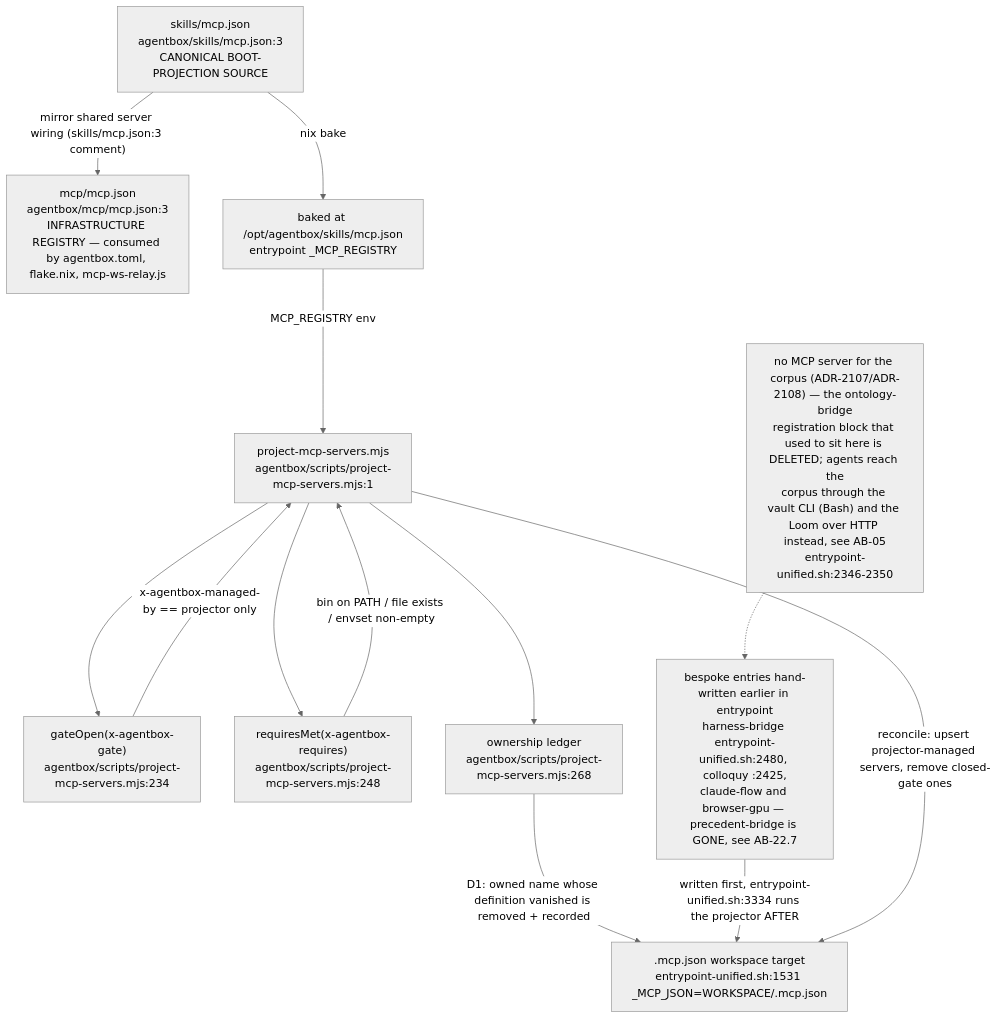
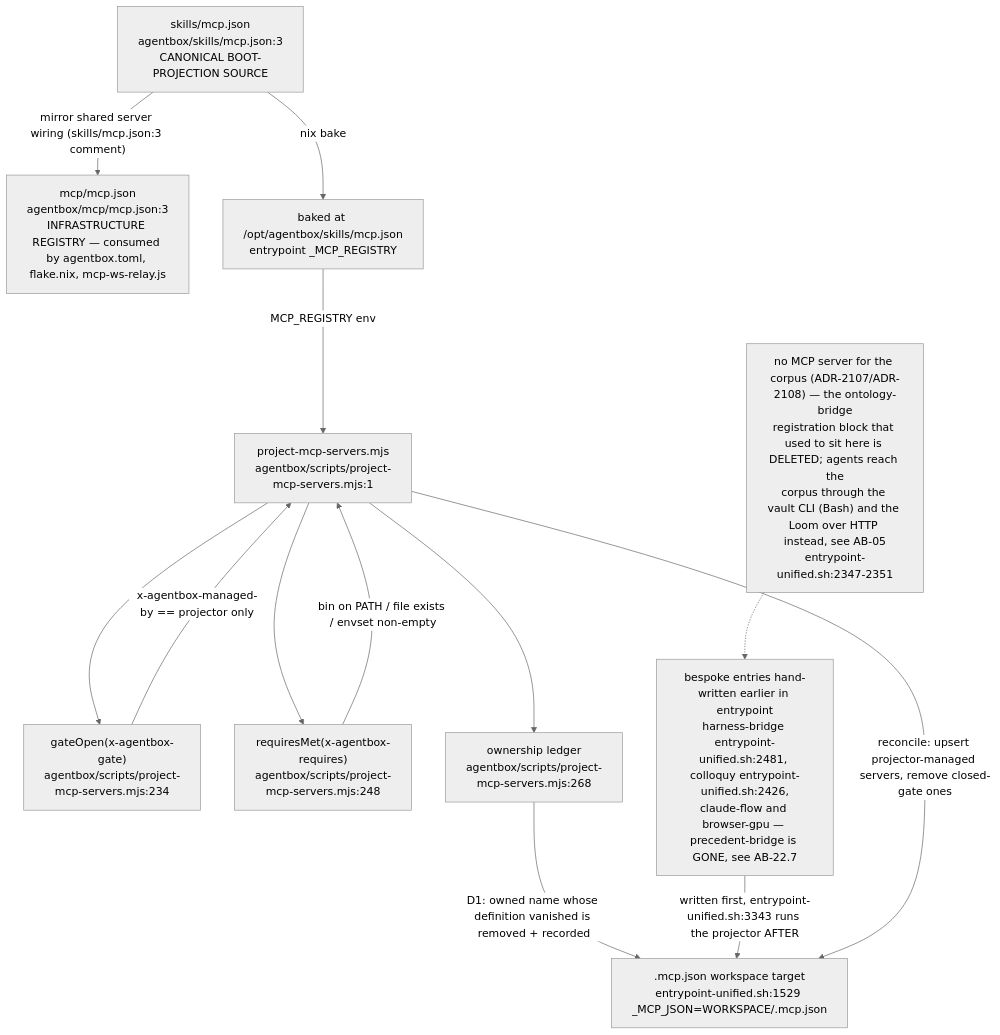
One commit to DreamLab-AI/VisionFlow changed the ninth of 12 diagrams in docs/diagrams/agentbox/22-skills-and-routing.md. Above: the diagram before and after it, drawn with Mermaid (neutral theme). The commit also changed other lines of this file and 6 other files, not shown here.

````diff
--- a/docs/diagrams/agentbox/22-skills-and-routing.md
+++ b/docs/diagrams/agentbox/22-skills-and-routing.md
@@ -402,26 +404,26 @@
 ```mermaid
 flowchart TB
     REG["skills/mcp.json<br/>agentbox/skills/mcp.json:3<br/>CANONICAL BOOT-PROJECTION SOURCE"]
     MIRROR["mcp/mcp.json<br/>agentbox/mcp/mcp.json:3<br/>INFRASTRUCTURE REGISTRY — consumed by agentbox.toml, flake.nix, mcp-ws-relay.js"]
     BAKE["baked at /opt/agentbox/skills/mcp.json<br/>entrypoint _MCP_REGISTRY"]
     PROJ["project-mcp-servers.mjs<br/>agentbox/scripts/project-mcp-servers.mjs:1"]
     GATE["gateOpen(x-agentbox-gate)<br/>agentbox/scripts/project-mcp-servers.mjs:234"]
     REQ["requiresMet(x-agentbox-requires)<br/>agentbox/scripts/project-mcp-servers.mjs:248"]
     LEDGER["ownership ledger<br/>agentbox/scripts/project-mcp-servers.mjs:268"]
-    WS[".mcp.json workspace target<br/>entrypoint-unified.sh:1531 _MCP_JSON=WORKSPACE/.mcp.json"]
-    NOONT["no MCP server for the corpus (ADR-2107/ADR-2108) — the ontology-bridge<br/>registration block that used to sit here is DELETED; agents reach the<br/>corpus through the vault CLI (Bash) and the Loom over HTTP instead, see AB-05<br/>entrypoint-unified.sh:2346-2350"]
-    BESPOKE["bespoke entries hand-written earlier in entrypoint<br/>harness-bridge entrypoint-unified.sh:2480, colloquy :2425,<br/>claude-flow and browser-gpu — precedent-bridge is GONE, see AB-22.7"]
+    WS[".mcp.json workspace target<br/>entrypoint-unified.sh:1529 _MCP_JSON=WORKSPACE/.mcp.json"]
+    NOONT["no MCP server for the corpus (ADR-2107/ADR-2108) — the ontology-bridge<br/>registration block that used to sit here is DELETED; agents reach the<br/>corpus through the vault CLI (Bash) and the Loom over HTTP instead, see AB-05<br/>entrypoint-unified.sh:2347-2351"]
+    BESPOKE["bespoke entries hand-written earlier in entrypoint<br/>harness-bridge entrypoint-unified.sh:2481, colloquy entrypoint-unified.sh:2426,<br/>claude-flow and browser-gpu — precedent-bridge is GONE, see AB-22.7"]
 
     REG -- "mirror shared server wiring (skills/mcp.json:3 comment)" --> MIRROR
     REG -- "nix bake" --> BAKE
     BAKE -- "MCP_REGISTRY env" --> PROJ
     PROJ --> GATE
     PROJ --> REQ
     GATE -- "x-agentbox-managed-by == projector only" --> PROJ
     REQ -- "bin on PATH / file exists / envset non-empty" --> PROJ
     PROJ --> LEDGER
     LEDGER -- "D1: owned name whose definition vanished is removed + recorded" --> WS
     NOONT -.-> BESPOKE
-    BESPOKE -- "written first, entrypoint-unified.sh:3334 runs the projector AFTER" --> WS
+    BESPOKE -- "written first, entrypoint-unified.sh:3343 runs the projector AFTER" --> WS
     PROJ -- "reconcile: upsert projector-managed servers, remove closed-gate ones" --> WS
 ```
````
